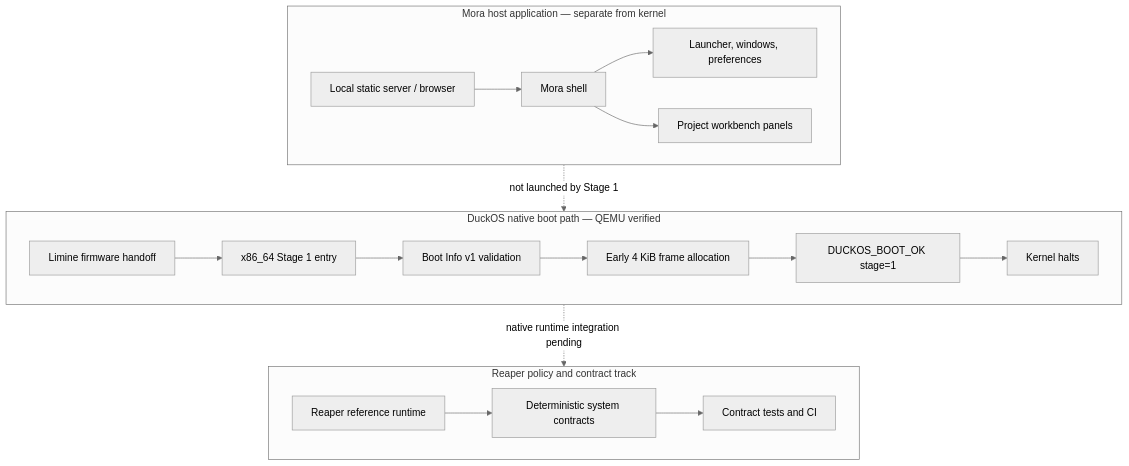
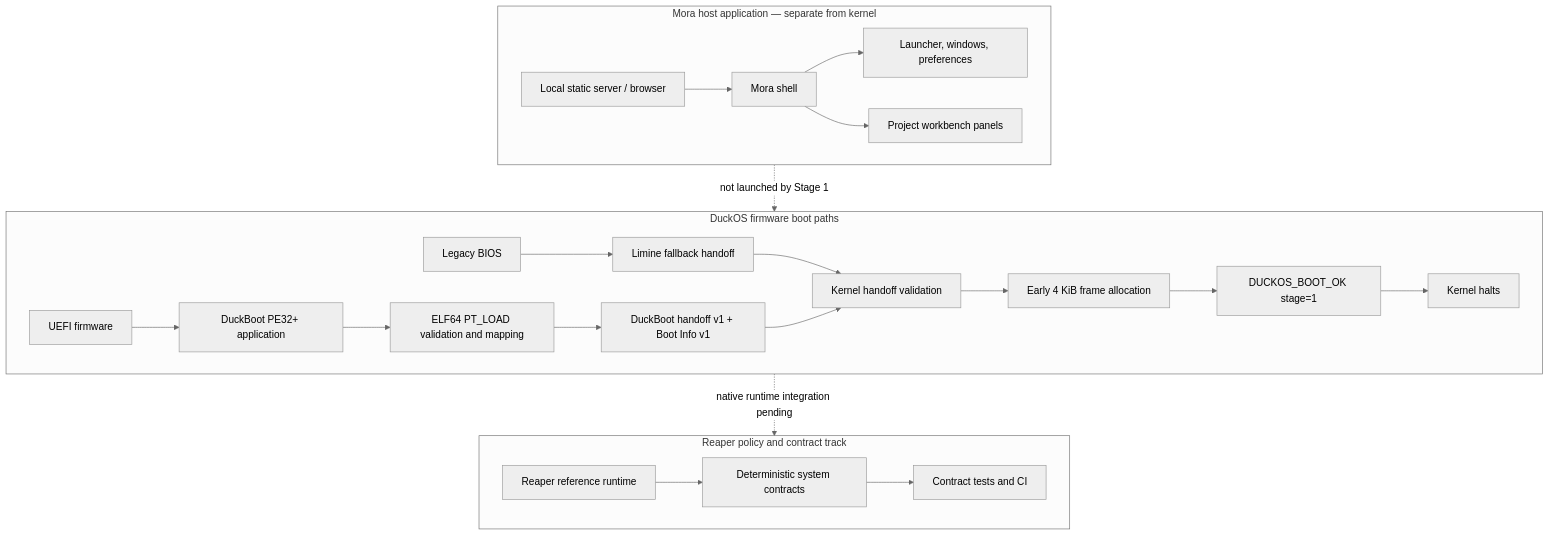
The diagram in README.md (Ivan-VHS/DAK), drawn with Mermaid (neutral theme) before and after one commit. The commit also changed other lines of this file and 24 other files, not shown here.

Commit message:
feat(boot): rebase DuckBoot on current main

````diff
--- a/README.md
+++ b/README.md
@@ -24,24 +25,28 @@
 ```mermaid
 flowchart TB
-  subgraph BOOT["DuckOS native boot path — QEMU verified"]
-    L["Limine firmware handoff"] --> B["x86_64 Stage 1 entry"]
-    B --> V["Boot Info v1 validation"]
+  subgraph BOOT["DuckOS firmware boot paths"]
+    BIOS["Legacy BIOS"] --> LIM["Limine fallback handoff"]
+    UEFI["UEFI firmware"] --> DB["DuckBoot PE32+ application"]
+    DB --> ELF["ELF64 PT_LOAD validation and mapping"]
+    ELF --> HANDOFF["DuckBoot handoff v1 + Boot Info v1"]
+    LIM --> V["Kernel handoff validation"]
+    HANDOFF --> V
     V --> F["Early 4 KiB frame allocation"]
     F --> M["DUCKOS_BOOT_OK stage=1"]
     M --> H["Kernel halts"]
   end
 
   subgraph POLICY["Reaper policy and contract track"]
     R["Reaper reference runtime"] --> C["Deterministic system contracts"]
     C --> T["Contract tests and CI"]
   end
 
   subgraph HOST["Mora host application — separate from kernel"]
     W["Local static server / browser"] --> S["Mora shell"]
     S --> A["Launcher, windows, preferences"]
     S --> P["Project workbench panels"]
   end
 
   BOOT -.->|native runtime integration pending| POLICY
   HOST -.->|not launched by Stage 1| BOOT
 ```
````
